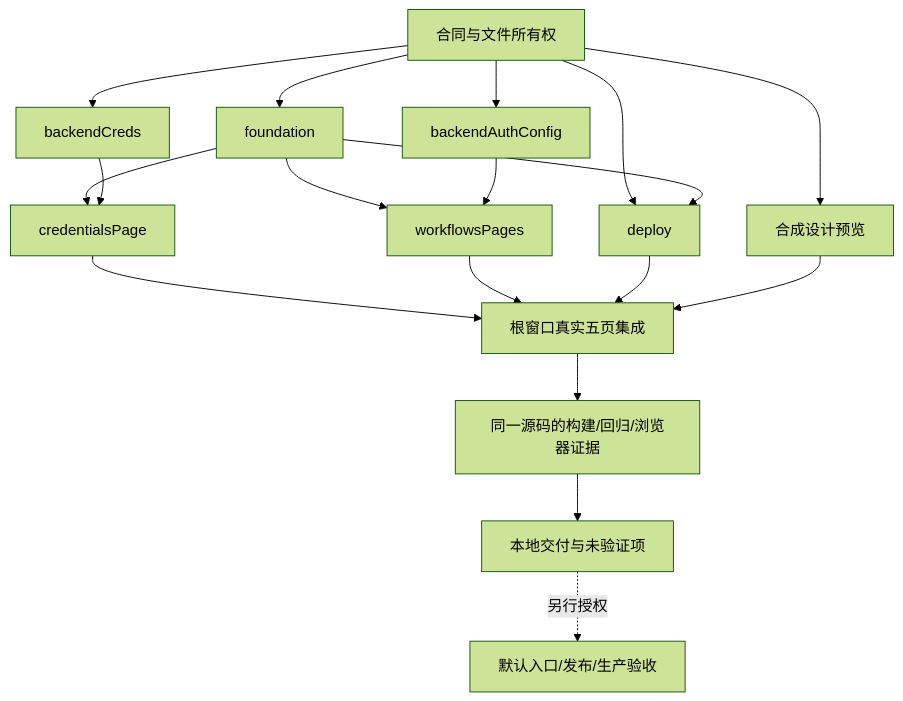
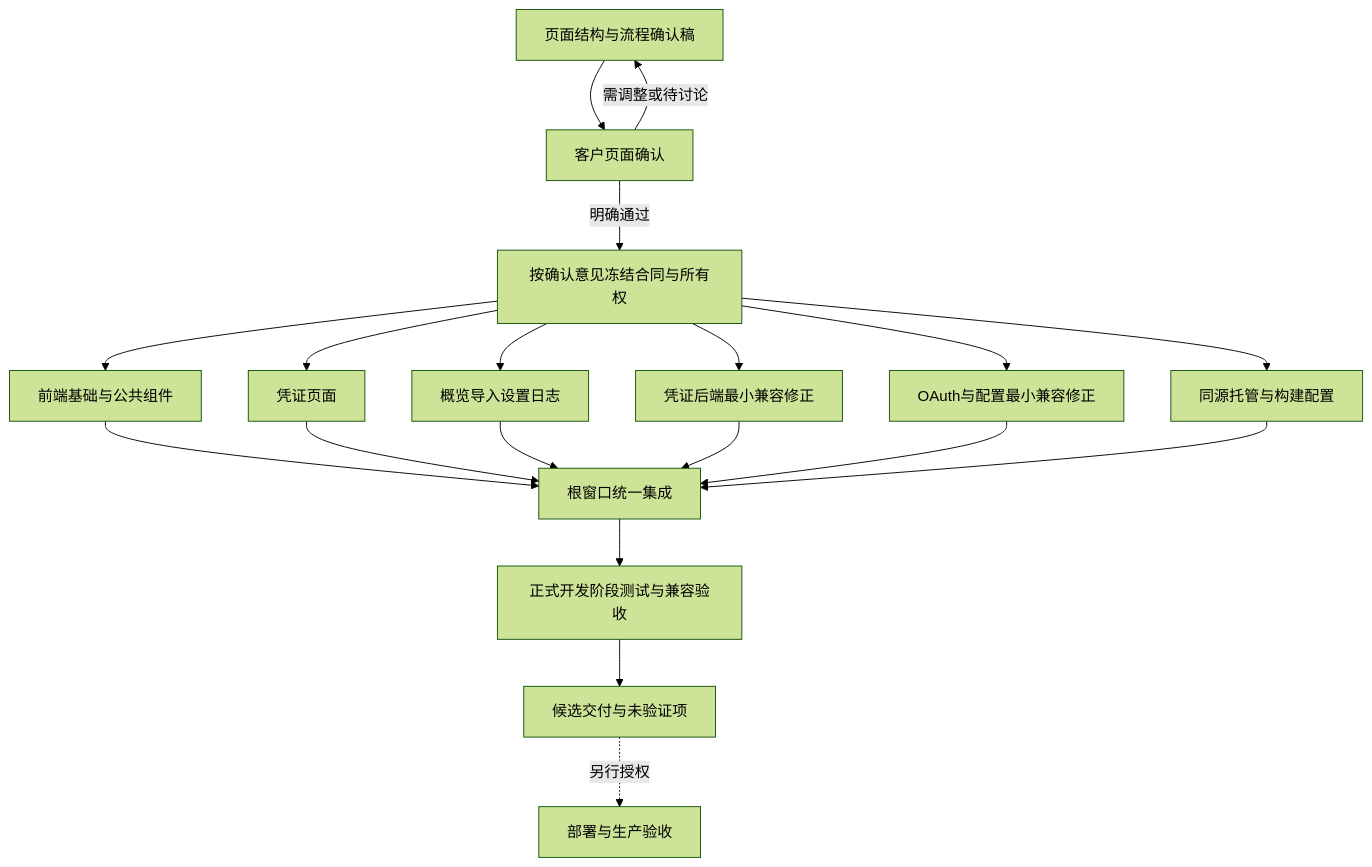
One commit to lywx215/gcli2api changed the diagram in docs/ui-redesign/DEVELOPMENT_PLAN.md. Above: the diagram before and after it, drawn with Mermaid (forest theme). The commit also changed other lines of this file, not shown here.

````diff
--- a/docs/ui-redesign/DEVELOPMENT_PLAN.md
+++ b/docs/ui-redesign/DEVELOPMENT_PLAN.md
@@ -210,20 +216,21 @@
 ```mermaid
 flowchart TD
-  C[合同与文件所有权] --> F[foundation]
-  C --> B[backendCreds]
-  C --> A[backendAuthConfig]
-  C --> H[deploy]
-  C --> D[合成设计预览]
-  F --> P[credentialsPage]
-  F --> W[workflowsPages]
-  B --> P
-  A --> W
-  F --> H
-  P --> I[根窗口真实五页集成]
+  D[页面结构与流程确认稿] --> Q[客户页面确认]
+  Q -- 需调整或待讨论 --> D
+  Q -- 明确通过 --> C[按确认意见冻结合同与所有权]
+  C --> F[前端基础与公共组件]
+  C --> P[凭证页面]
+  C --> W[概览导入设置日志]
+  C --> B[凭证后端最小兼容修正]
+  C --> A[OAuth与配置最小兼容修正]
+  C --> H[同源托管与构建配置]
+  F --> I[根窗口统一集成]
+  P --> I
   W --> I
+  B --> I
+  A --> I
   H --> I
-  D --> I
-  I --> T[同一源码的构建/回归/浏览器证据]
-  T --> R[本地交付与未验证项]
-  R -.另行授权.-> X[默认入口/发布/生产验收]
+  I --> T[正式开发阶段测试与兼容验收]
+  T --> R[候选交付与未验证项]
+  R -.另行授权.-> X[部署与生产验收]
 ```
````
